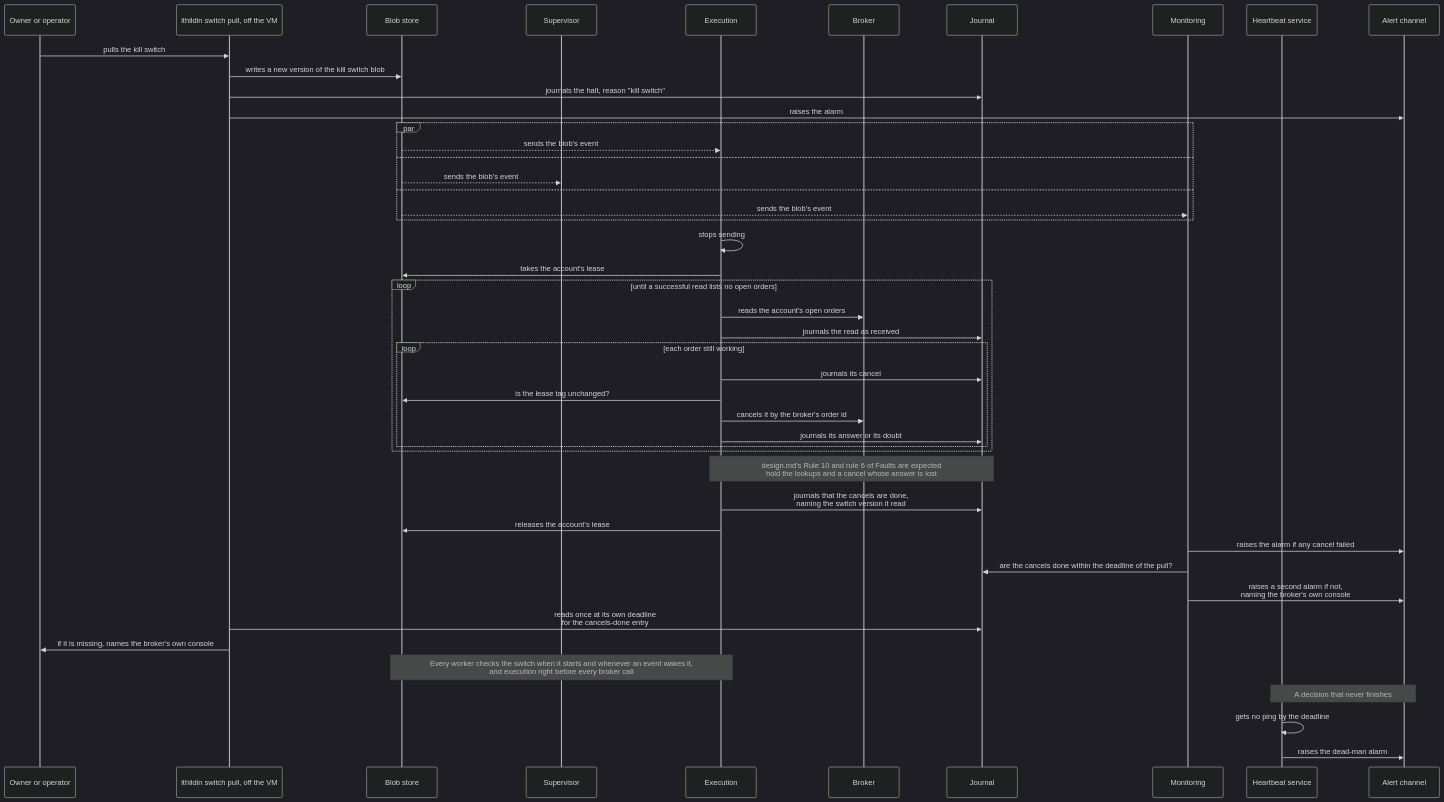
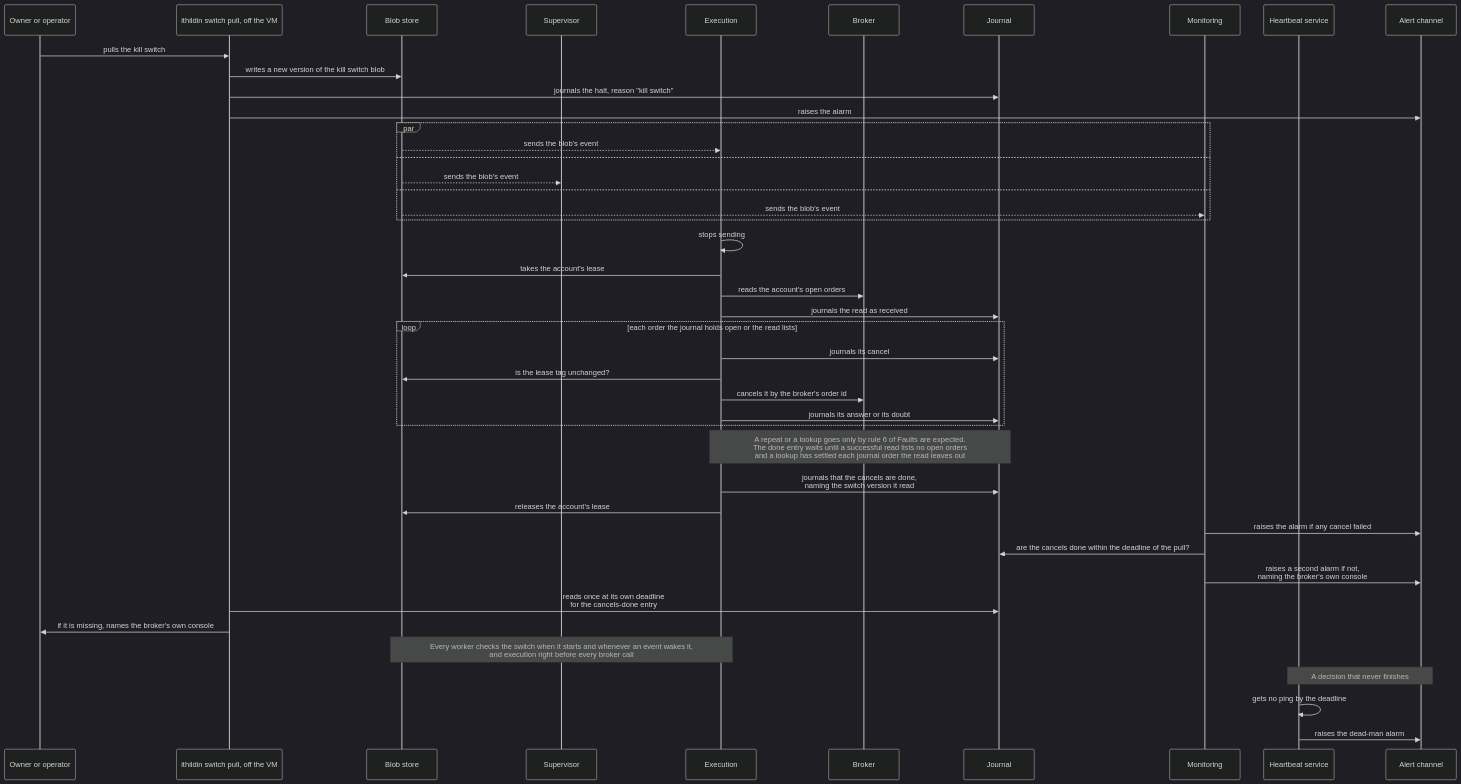
One commit to l3a0/ithildin-runtime changed diagram 15 of 17 in docs/architecture/06-runtime.md. Above: the diagram before and after it, drawn with Mermaid (dark theme). The commit also changed other lines of this file and 6 other files, not shown here.

````diff
--- a/docs/architecture/06-runtime.md
+++ b/docs/architecture/06-runtime.md
@@ -836,50 +836,48 @@
 ```mermaid
 sequenceDiagram
     participant P as Owner or operator
     participant K as ithildin switch pull, off the VM
     participant F as Blob store
     participant V as Supervisor
     participant X as Execution
     participant B as Broker
     participant J as Journal
     participant M as Monitoring
     participant H as Heartbeat service
     participant A as Alert channel
 
     P->>K: pulls the kill switch
     K->>F: writes a new version of the kill switch blob
     K->>J: journals the halt, reason "kill switch"
     K->>A: raises the alarm
     par
         F-->>X: sends the blob's event
     and
         F-->>V: sends the blob's event
     and
         F-->>M: sends the blob's event
     end
     X->>X: stops sending
     X->>F: takes the account's lease
-    loop until a successful read lists no open orders
-        X->>B: reads the account's open orders
-        X->>J: journals the read as received
-        loop each order still working
-            X->>J: journals its cancel
-            X->>F: is the lease tag unchanged?
-            X->>B: cancels it by the broker's order id
-            X->>J: journals its answer or its doubt
-        end
+    X->>B: reads the account's open orders
+    X->>J: journals the read as received
+    loop each order the journal holds open or the read lists
+        X->>J: journals its cancel
+        X->>F: is the lease tag unchanged?
+        X->>B: cancels it by the broker's order id
+        X->>J: journals its answer or its doubt
     end
-    Note over X,J: design.md's Rule 10 and rule 6 of Faults are expected<br/>hold the lookups and a cancel whose answer is lost
+    Note over X,J: A repeat or a lookup goes only by rule 6 of Faults are expected.<br/>The done entry waits until a successful read lists no open orders<br/>and a lookup has settled each journal order the read leaves out
     X->>J: journals that the cancels are done,<br/>naming the switch version it read
     X->>F: releases the account's lease
     M->>A: raises the alarm if any cancel failed
     M->>J: are the cancels done within the deadline of the pull?
     M->>A: raises a second alarm if not,<br/>naming the broker's own console
     K->>J: reads once at its own deadline<br/>for the cancels-done entry
     K->>P: if it is missing, names the broker's own console
     Note over F,X: Every worker checks the switch when it starts and whenever an event wakes it,<br/>and execution right before every broker call
 
     Note over H,A: A decision that never finishes
     H->>H: gets no ping by the deadline
     H->>A: raises the dead-man alarm
 ```
````
